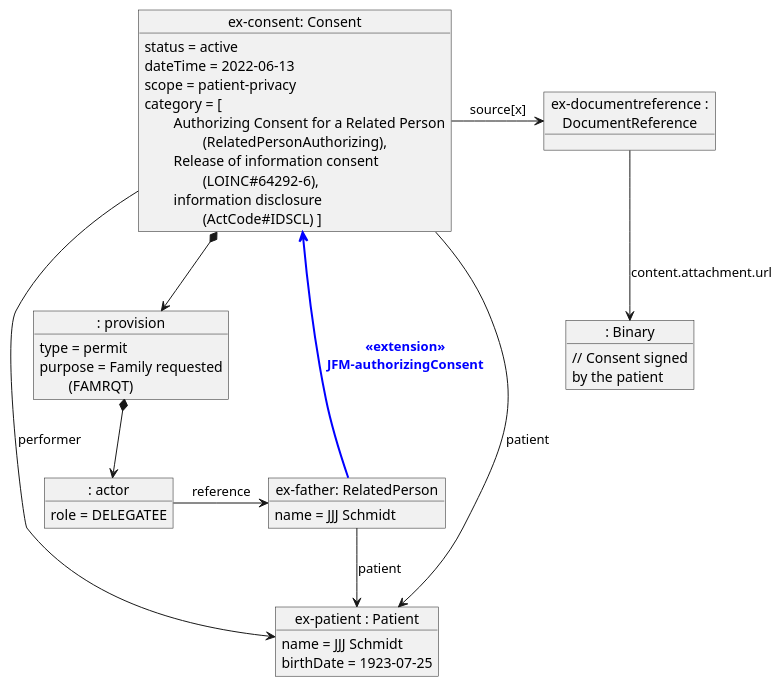
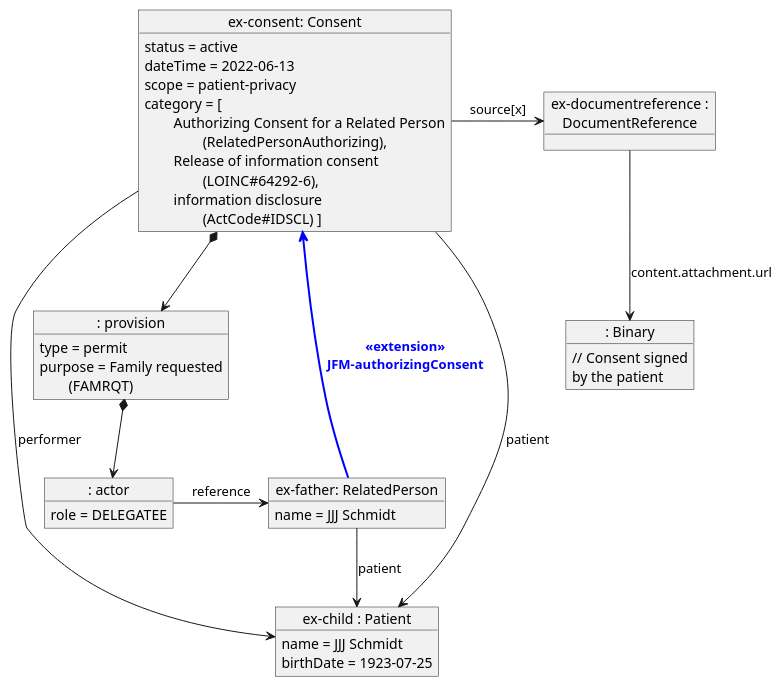
One commit to JohnMoehrke/RelatedPersonConsent changed the diagram in input/images-source/example.plantuml. Above: the diagram before and after it, drawn with PlantUML. The commit also changed 342 other files, not shown here.

```diff
--- a/input/images-source/example.plantuml
+++ b/input/images-source/example.plantuml
@@ -1,32 +1,32 @@
 @startuml
 object "ex-documentreference :\nDocumentReference" as docref [[DocumentReference-ex-documentreference.html]]
 object ": Binary" as doc
 docref --> doc : content.attachment.url
 doc : // Consent signed\nby the patient
-object "ex-patient : Patient" as pat [[Patient-ex-patient.html]]
+object "ex-child : Patient" as pat [[Patient-ex-child.html]]
 pat : name = JJJ Schmidt
 pat : birthDate = 1923-07-25
 object "ex-father: RelatedPerson" as rel [[RelatedPerson-ex-father.html]]
 rel : name = JJJ Schmidt
 rel --> pat : patient
 object "ex-consent: Consent" as consent [[Consent-ex-consent.html]]
 
 consent : status = active
 consent : dateTime = 2022-06-13
 consent : scope = patient-privacy
 consent : category = [\n\tAuthorizing Consent for a Related Person\n\t\t(RelatedPersonAuthorizing),\n\tRelease of information consent\n\t\t(LOINC#64292-6),\n\tinformation disclosure\n\t\t(ActCode#IDSCL) ]
 consent -> pat : patient
 consent -> pat : performer
 consent <--[#blue,bold] rel : <font color=blue>**<<extension>>**</font>\n<font color=blue>**JFM-authorizingConsent**</font>
 consent -> docref : source[x]
 object ": provision" as prov
 consent *--> prov
 prov : type = permit
 prov : purpose = Family requested\n\t(FAMRQT)
 object ": actor" as provactor0
 prov *-d-> provactor0
 provactor0 -> rel : reference
 provactor0 : role = DELEGATEE
 
 
 @enduml
```
